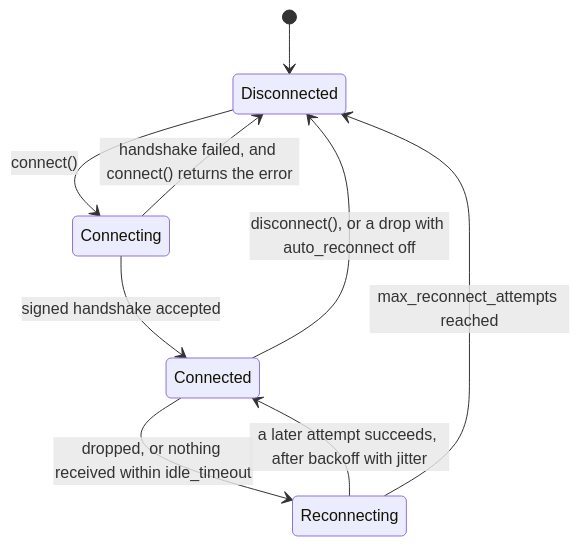
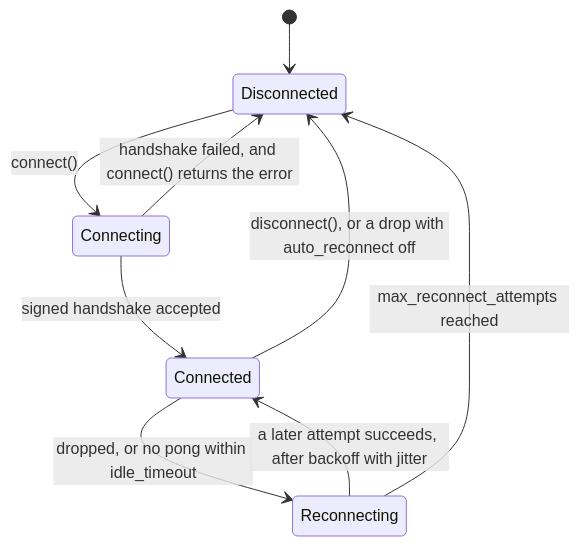
The third of 4 diagrams in ARCHITECTURE.md (Reddimus/kalshi-cpp), drawn with Mermaid before and after one commit. The commit also changed other lines of this file and 7 other files, not shown here.

First line of the commit message:
fix(ws): report every sequence gap and finish commands that end without ok

````diff
--- a/ARCHITECTURE.md
+++ b/ARCHITECTURE.md
@@ -116,11 +116,11 @@
 ```mermaid
 stateDiagram-v2
     [*] --> Disconnected
     Disconnected --> Connecting: connect()
     Connecting --> Connected: signed handshake accepted
     Connecting --> Disconnected: handshake failed, and connect() returns the error
-    Connected --> Reconnecting: dropped, or nothing received within idle_timeout
+    Connected --> Reconnecting: dropped, or no pong within idle_timeout
     Reconnecting --> Connected: a later attempt succeeds, after backoff with jitter
     Reconnecting --> Disconnected: max_reconnect_attempts reached
     Connected --> Disconnected: disconnect(), or a drop with auto_reconnect off
 ```
````
